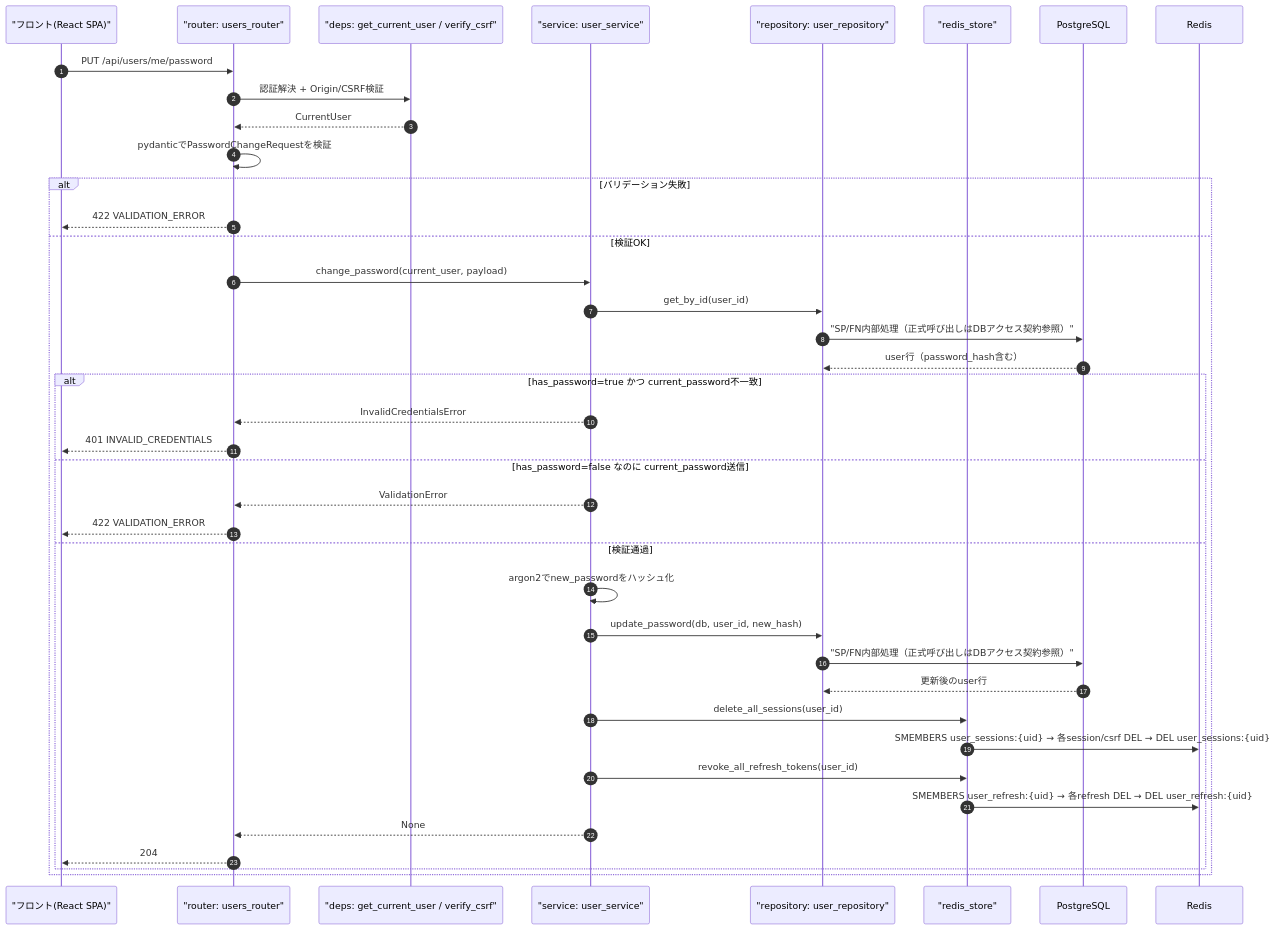
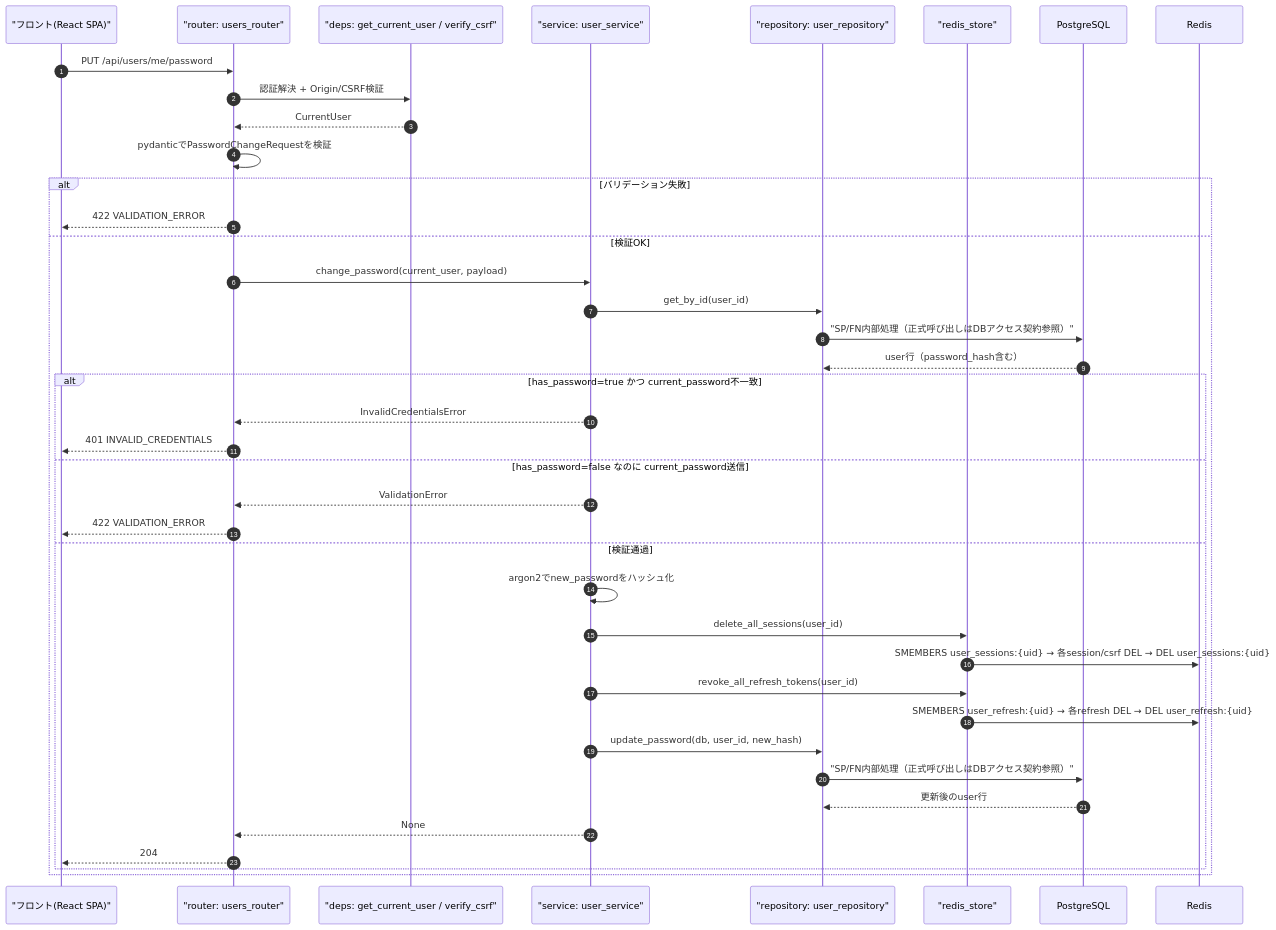
One commit to oikawa-d/task_management changed the first of 4 diagrams in docs/detailed_design/api/users/03_put_users_me_password.md. Above: the diagram before and after it, drawn with Mermaid. The commit also changed other lines of this file and 2 other files, not shown here.

````diff
--- a/docs/detailed_design/api/users/03_put_users_me_password.md
+++ b/docs/detailed_design/api/users/03_put_users_me_password.md
@@ -82,43 +82,43 @@
 ```mermaid
 sequenceDiagram
     autonumber
     participant FE as "フロント(React SPA)"
     participant R as "router: users_router"
     participant DEP as "deps: get_current_user / verify_csrf"
     participant S as "service: user_service"
     participant URP as "repository: user_repository"
     participant RS as "redis_store"
     participant PG as PostgreSQL
     participant RD as Redis
 
     FE->>R: PUT /api/users/me/password
     R->>DEP: 認証解決 + Origin/CSRF検証
     DEP-->>R: CurrentUser
     R->>R: pydanticでPasswordChangeRequestを検証
     alt バリデーション失敗
         R-->>FE: 422 VALIDATION_ERROR
     else 検証OK
         R->>S: change_password(current_user, payload)
         S->>URP: get_by_id(user_id)
         URP->>PG: "SP/FN内部処理（正式呼び出しはDBアクセス契約参照）"
         PG-->>URP: user行（password_hash含む）
         alt has_password=true かつ current_password不一致
             S-->>R: InvalidCredentialsError
             R-->>FE: 401 INVALID_CREDENTIALS
         else has_password=false なのに current_password送信
             S-->>R: ValidationError
             R-->>FE: 422 VALIDATION_ERROR
         else 検証通過
             S->>S: argon2でnew_passwordをハッシュ化
-            S->>URP: update_password(db, user_id, new_hash)
-            URP->>PG: "SP/FN内部処理（正式呼び出しはDBアクセス契約参照）"
-            PG-->>URP: 更新後のuser行
             S->>RS: delete_all_sessions(user_id)
             RS->>RD: SMEMBERS user_sessions:{uid} → 各session/csrf DEL → DEL user_sessions:{uid}
             S->>RS: revoke_all_refresh_tokens(user_id)
             RS->>RD: SMEMBERS user_refresh:{uid} → 各refresh DEL → DEL user_refresh:{uid}
+            S->>URP: update_password(db, user_id, new_hash)
+            URP->>PG: "SP/FN内部処理（正式呼び出しはDBアクセス契約参照）"
+            PG-->>URP: 更新後のuser行
             S-->>R: None
             R-->>FE: 204
         end
     end
 ```
````
